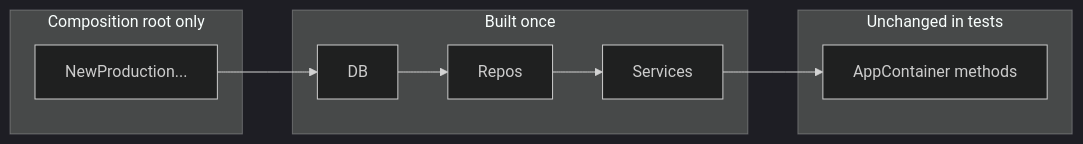
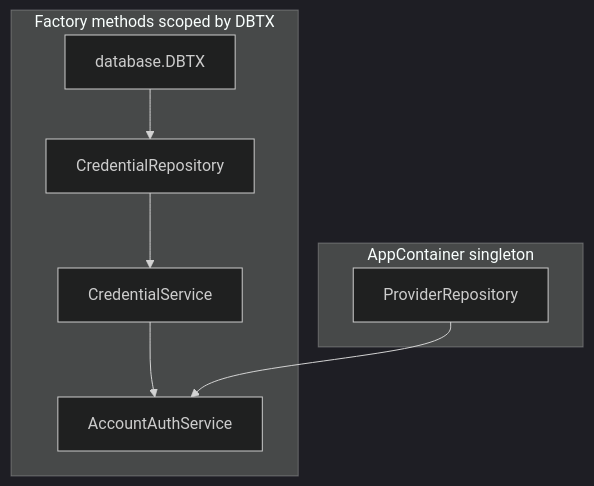
One commit to Koubae/game-hangar changed the diagram in .cursor/plans/go_di_fastapi-style_ffb2e255.plan.md. Above: the diagram before and after it, drawn with Mermaid (dark theme). The commit also changed other lines of this file, not shown here.

````diff
--- a/.cursor/plans/go_di_fastapi-style_ffb2e255.plan.md
+++ b/.cursor/plans/go_di_fastapi-style_ffb2e255.plan.md
@@ -54,16 +38,16 @@
 ```mermaid
-flowchart LR
-  subgraph root [Composition root only]
-    NewProd[NewProduction...]
+flowchart TB
+  subgraph singleton [AppContainer singleton]
+    PR[ProviderRepository]
   end
-  subgraph deps [Built once]
-    DB[DB]
-    Repo[Repos]
-    Svc[Services]
+  subgraph perCall [Factory methods scoped by DBTX]
+    DBTX[database.DBTX]
+    CR[CredentialRepository]
+    CS[CredentialService]
+    AS[AccountAuthService]
+    DBTX --> CR
+    CR --> CS
+    CS --> AS
+    PR --> AS
   end
-  NewProd --> DB --> Repo --> Svc
-  subgraph stable [Unchanged in tests]
-    AC[AppContainer methods]
-  end
-  Svc --> AC
 ```
````
